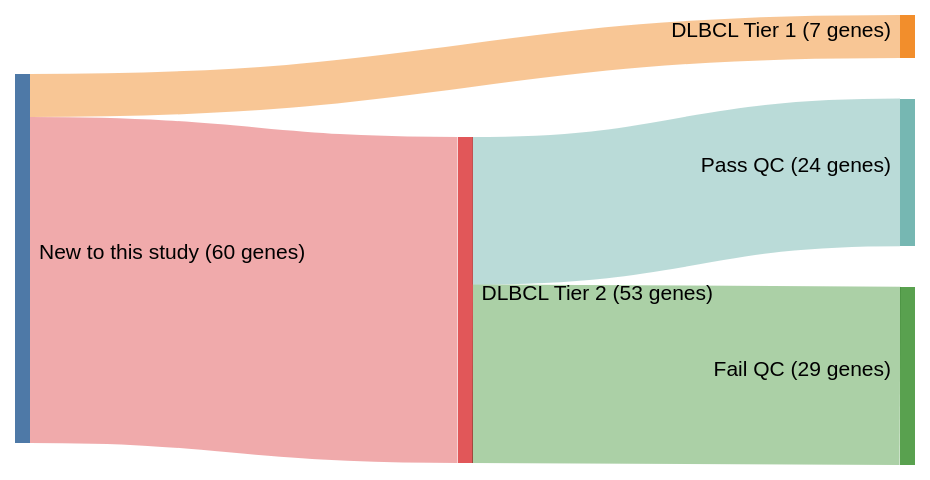
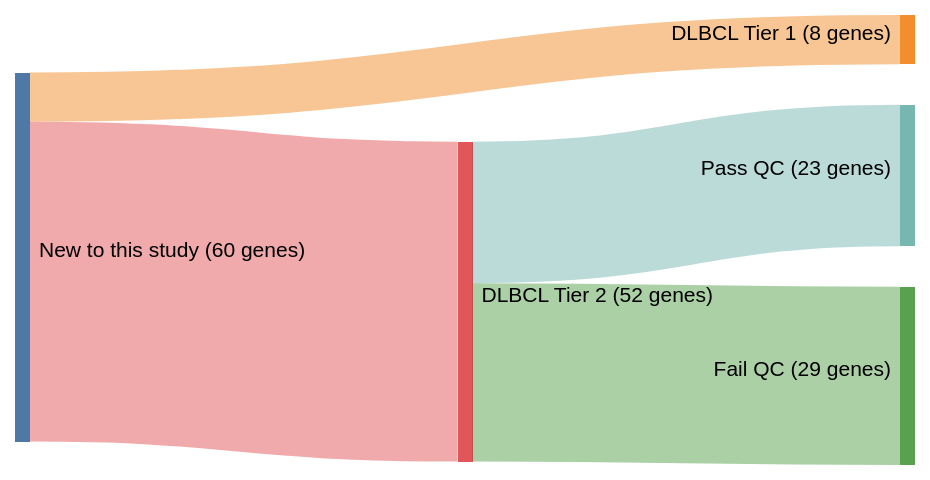
Before and after one commit to morinlab/lymphopedia: the diagram in papers/reddyGeneticFunctionalDrivers2017.md, drawn with Mermaid (neutral theme). The commit also changed other lines of this file, not shown here.

````diff
--- a/papers/reddyGeneticFunctionalDrivers2017.md
+++ b/papers/reddyGeneticFunctionalDrivers2017.md
@@ -13,18 +13,18 @@
 ```mermaid
 ---
 config:
     sankey:
         showValues: true
         linkColor: target
         width: 600
         height: 300
         nodeAlignment: right
         prefix: '('
         suffix: ' genes)'
 ---
 sankey-beta
-New to this study, DLBCL Tier 1, 7
-New to this study, DLBCL Tier 2, 53
-DLBCL Tier 2, Pass QC, 24
+New to this study, DLBCL Tier 1, 8
+New to this study, DLBCL Tier 2, 52
+DLBCL Tier 2, Pass QC, 23
 DLBCL Tier 2, Fail QC, 29
 ```
````
